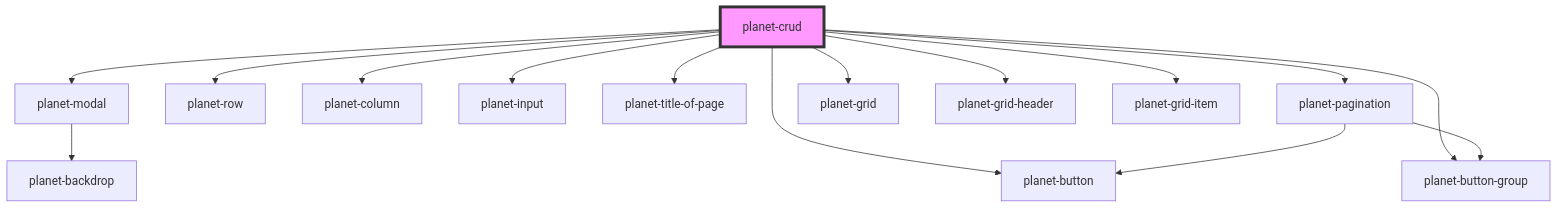
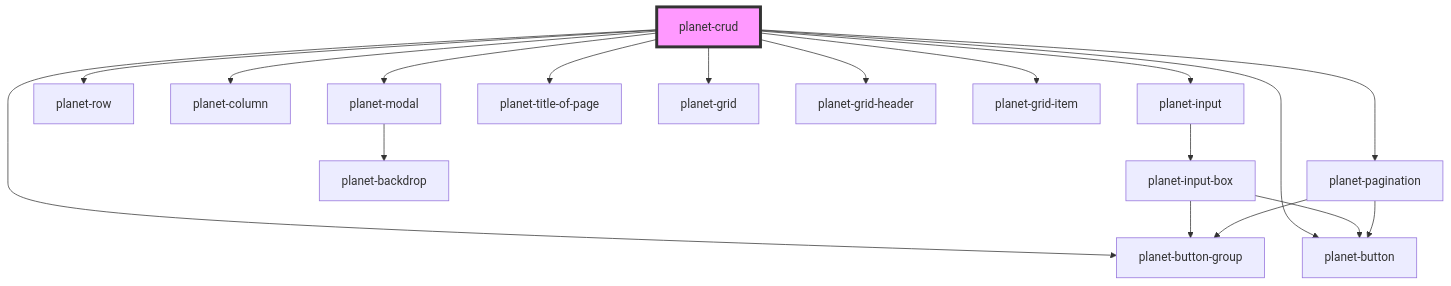
One commit to siteplanet/planet-css changed the diagram in src/components/planet-crud/readme.md. Above: the diagram before and after it, drawn with Mermaid. The commit also changed 21 other files, not shown here.

````diff
--- a/src/components/planet-crud/readme.md
+++ b/src/components/planet-crud/readme.md
@@ -68,18 +68,21 @@
 ```mermaid
 graph TD;
   planet-crud --> planet-modal
   planet-crud --> planet-row
   planet-crud --> planet-column
   planet-crud --> planet-input
   planet-crud --> planet-button
   planet-crud --> planet-title-of-page
   planet-crud --> planet-pagination
   planet-crud --> planet-button-group
   planet-crud --> planet-grid
   planet-crud --> planet-grid-header
   planet-crud --> planet-grid-item
   planet-modal --> planet-backdrop
+  planet-input --> planet-input-box
+  planet-input-box --> planet-button-group
+  planet-input-box --> planet-button
   planet-pagination --> planet-button-group
   planet-pagination --> planet-button
   style planet-crud fill:#f9f,stroke:#333,stroke-width:4px
 ```
````
